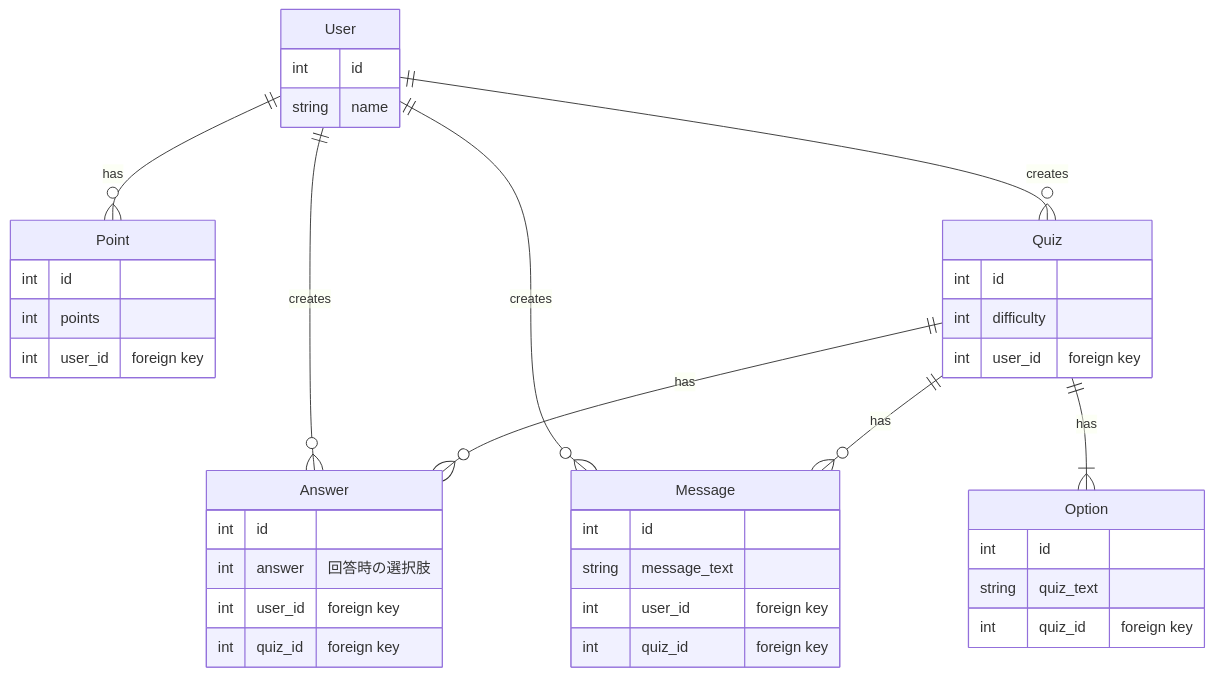
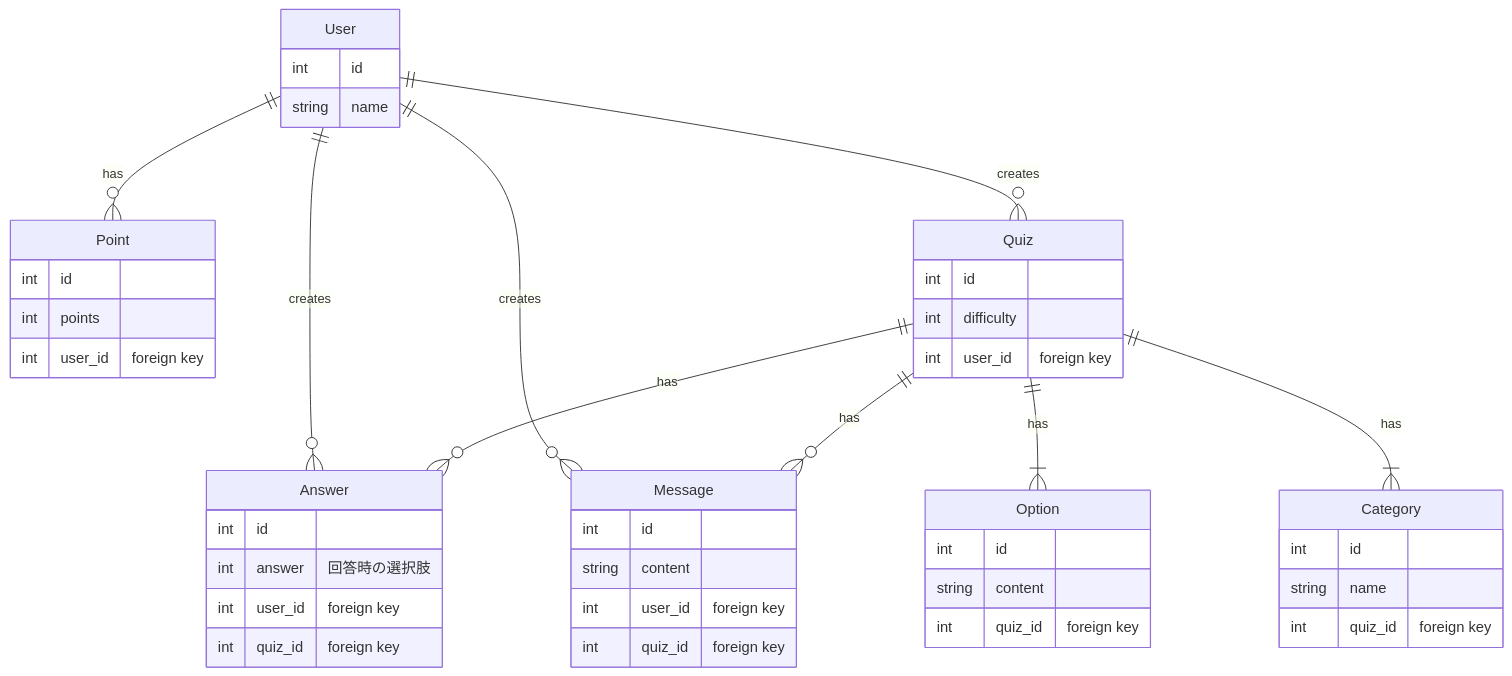
One commit to peterdo415/original_product changed the diagram in Documents/table.md. Above: the diagram before and after it, drawn with Mermaid. The commit also changed 1 other file, not shown here.

Commit message:
テーブルの修正

````diff
--- a/Documents/table.md
+++ b/Documents/table.md
@@ -1,48 +1,55 @@
 ```mermaid
 erDiagram
   User ||--o{ Answer : creates
   User ||--o{ Point : has
   User ||--o{ Message : creates
   User ||--o{ Quiz : creates
 
   Quiz ||--o{ Answer : has
   Quiz ||--o{ Message : has
   Quiz ||--|{ Option : has
+  Quiz ||--|{ Category : has
 
   User {
     int id
     string name
   }
 
   Quiz {
     int id
     int difficulty
     int user_id "foreign key"
   }
 
   Option {
     int id
-    string quiz_text
+    string content
     int quiz_id "foreign key"
   }
 
   Answer {
     int id
     int answer "回答時の選択肢"
     int user_id "foreign key"
     int quiz_id "foreign key"
   }
 
   Point {
     int id
     int points
     int user_id "foreign key"
   }
 
   Message {
     int id
-    string message_text
+    string content
     int user_id "foreign key"
     int quiz_id "foreign key"
   }
+
+  Category {
+    int id
+    string name
+    int quiz_id "foreign key"
+  }
 ```
````
